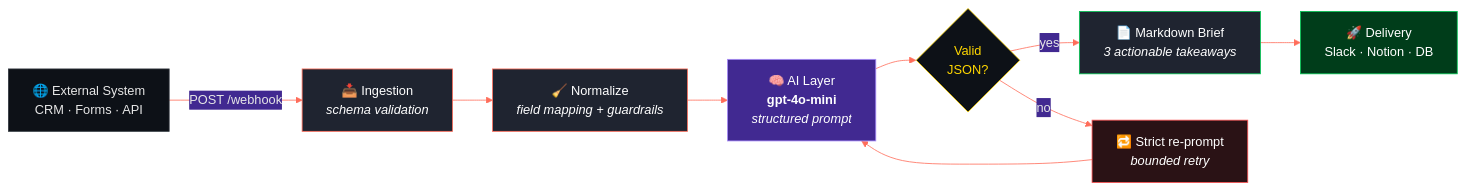
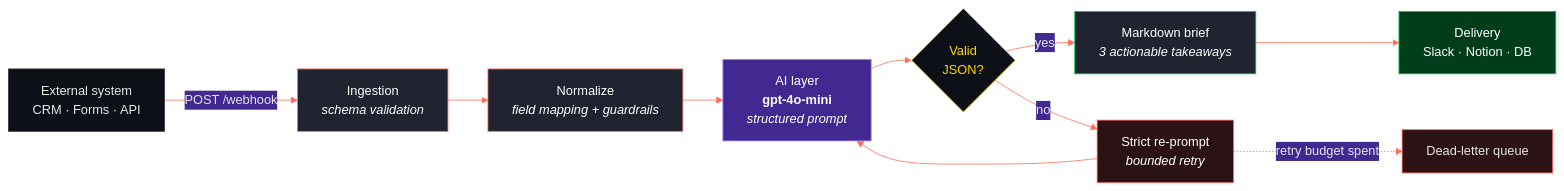
Before and after one commit to cillisandrea4-ops/AI-automation-Blueprints: the diagram in README.md, drawn with Mermaid. The commit also changed other lines of this file, not shown here.

````diff
--- a/README.md
+++ b/README.md
@@ -48,21 +47,23 @@
 ```mermaid
 %%{init: {'theme':'base','themeVariables':{'primaryColor':'#1F2430','primaryTextColor':'#E6E6E6','primaryBorderColor':'#FF6D5A','lineColor':'#FF6D5A','secondaryColor':'#412991','tertiaryColor':'#0D1117','fontFamily':'ui-monospace, monospace'}}}%%
 flowchart LR
-    A["🌐 External System<br/>CRM · Forms · API"] -->|POST /webhook| B["📥 Ingestion<br/><i>schema validation</i>"]
-    B --> C["🧹 Normalize<br/><i>field mapping + guardrails</i>"]
-    C --> D["🧠 AI Layer<br/><b>gpt-4o-mini</b><br/><i>structured prompt</i>"]
+    A["External system<br/>CRM · Forms · API"] -->|POST /webhook| B["Ingestion<br/><i>schema validation</i>"]
+    B --> C["Normalize<br/><i>field mapping + guardrails</i>"]
+    C --> D["AI layer<br/><b>gpt-4o-mini</b><br/><i>structured prompt</i>"]
     D --> E{"Valid<br/>JSON?"}
-    E -->|yes| F["📄 Markdown Brief<br/><i>3 actionable takeaways</i>"]
-    E -->|no| G["🔁 Strict re-prompt<br/><i>bounded retry</i>"]
+    E -->|yes| F["Markdown brief<br/><i>3 actionable takeaways</i>"]
+    E -->|no| G["Strict re-prompt<br/><i>bounded retry</i>"]
     G --> D
-    F --> H["🚀 Delivery<br/>Slack · Notion · DB"]
+    G -.->|retry budget spent| I["Dead-letter queue"]
+    F --> H["Delivery<br/>Slack · Notion · DB"]
 
     style A fill:#0D1117,stroke:#30363D,color:#E6E6E6
     style B fill:#1F2430,stroke:#FF6D5A,color:#ffffff
     style C fill:#1F2430,stroke:#FF6D5A,color:#ffffff
     style D fill:#412991,stroke:#A78BFA,color:#ffffff
     style E fill:#0D1117,stroke:#FFD700,color:#FFD700
     style F fill:#1F2430,stroke:#00C853,color:#ffffff
     style G fill:#2A1215,stroke:#FF5252,color:#ffffff
     style H fill:#003D1A,stroke:#00C853,color:#ffffff
+    style I fill:#2A1215,stroke:#FF5252,color:#E6E6E6
 ```
````
